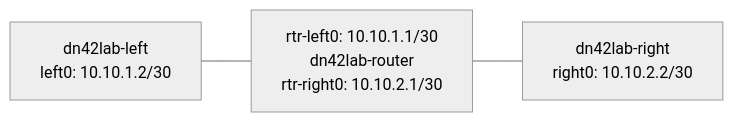
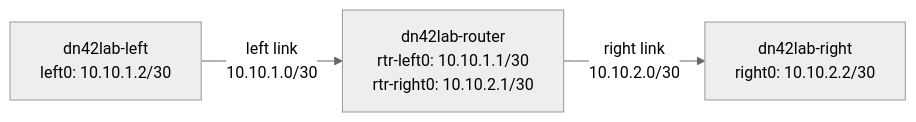
The diagram in docs/part-01-first-principles/01-linux-networking.md (rysaunders/DN42_Networking_by_Experimenting), drawn with Mermaid (neutral theme) before and after one commit. The commit also changed other lines of this file and 4 other files, not shown here.

````diff
--- a/docs/part-01-first-principles/01-linux-networking.md
+++ b/docs/part-01-first-principles/01-linux-networking.md
@@ -32,4 +41,9 @@
 ```mermaid
 flowchart LR
-  left["dn42lab-left<br/>left0: 10.10.1.2/30"] --- router_left["rtr-left0: 10.10.1.1/30<br/>dn42lab-router<br/>rtr-right0: 10.10.2.1/30"] --- right["dn42lab-right<br/>right0: 10.10.2.2/30"]
+  left["dn42lab-left<br/>left0: 10.10.1.2/30"]
+  router["dn42lab-router<br/>rtr-left0: 10.10.1.1/30<br/>rtr-right0: 10.10.2.1/30"]
+  right["dn42lab-right<br/>right0: 10.10.2.2/30"]
+
+  left -- "left link<br/>10.10.1.0/30" --> router
+  router -- "right link<br/>10.10.2.0/30" --> right
 ```
````
